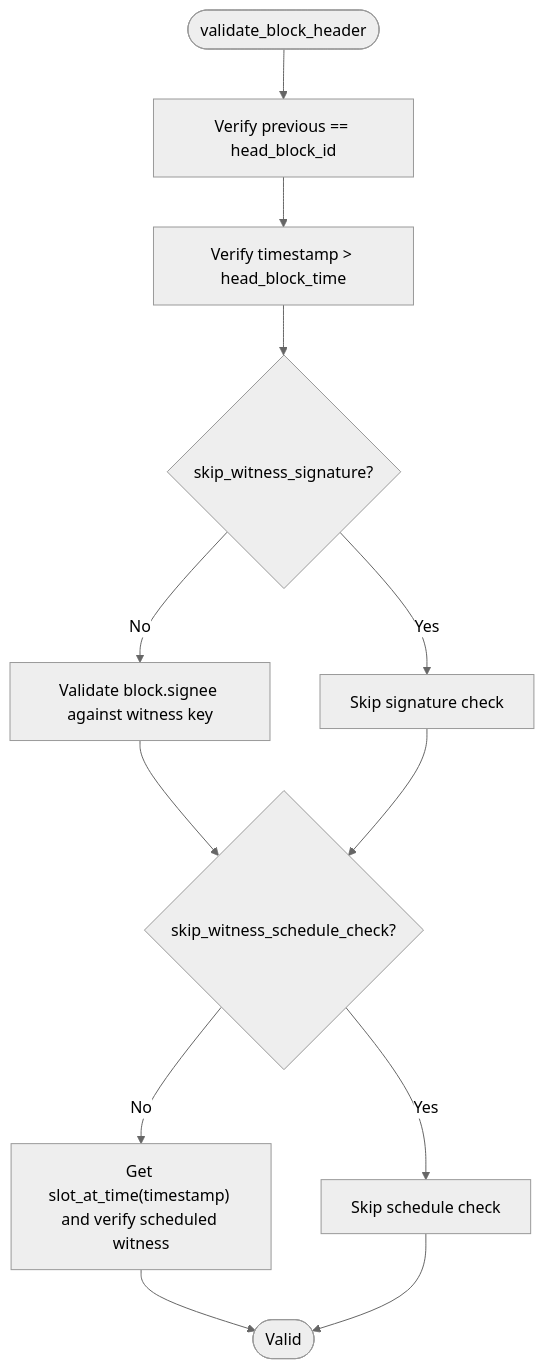
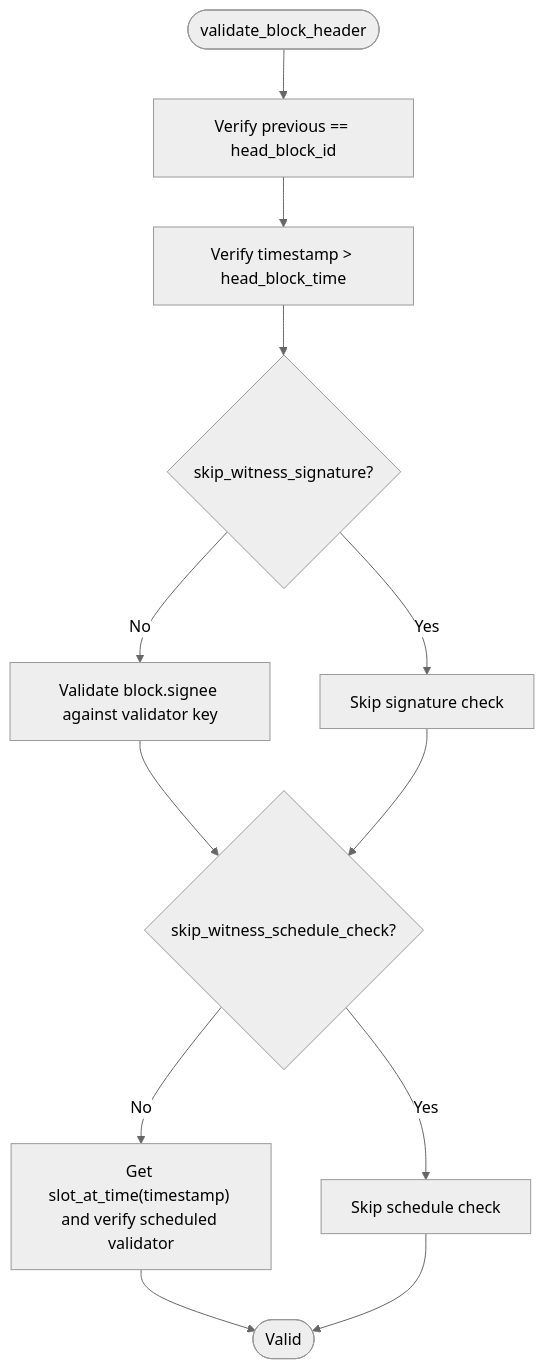
Before and after one commit to VIZ-Blockchain/viz-cpp-node: the seventh of 11 diagrams in .qoder/repowiki/en/content/Architecture Overview/Core Libraries/Chain Library/Block Processing and Validation.md, drawn with Mermaid (neutral theme). The commit also changed other lines of this file and 88 other files, not shown here.

First line of the commit message:
docs(validator): rename witness to validator throughout documentation

````diff
--- a/.qoder/repowiki/en/content/Architecture Overview/Core Libraries/Chain Library/Block Processing and Validation.md
+++ b/.qoder/repowiki/en/content/Architecture Overview/Core Libraries/Chain Library/Block Processing and Validation.md
@@ -354,14 +354,14 @@
 ```mermaid
 flowchart TD
 HStart(["validate_block_header"]) --> PrevCheck["Verify previous == head_block_id"]
 PrevCheck --> TSCheck["Verify timestamp > head_block_time"]
 TSCheck --> SigCheck{"skip_witness_signature?"}
-SigCheck --> |No| VerifySig["Validate block.signee against witness key"]
+SigCheck --> |No| VerifySig["Validate block.signee against validator key"]
 SigCheck --> |Yes| SkipSig["Skip signature check"]
 VerifySig --> SchCheck{"skip_witness_schedule_check?"}
 SkipSig --> SchCheck
-SchCheck --> |No| SlotCheck["Get slot_at_time(timestamp) and verify scheduled witness"]
+SchCheck --> |No| SlotCheck["Get slot_at_time(timestamp) and verify scheduled validator"]
 SchCheck --> |Yes| SkipSch["Skip schedule check"]
 SlotCheck --> HEnd(["Valid"])
 SkipSch --> HEnd
 ```
````
